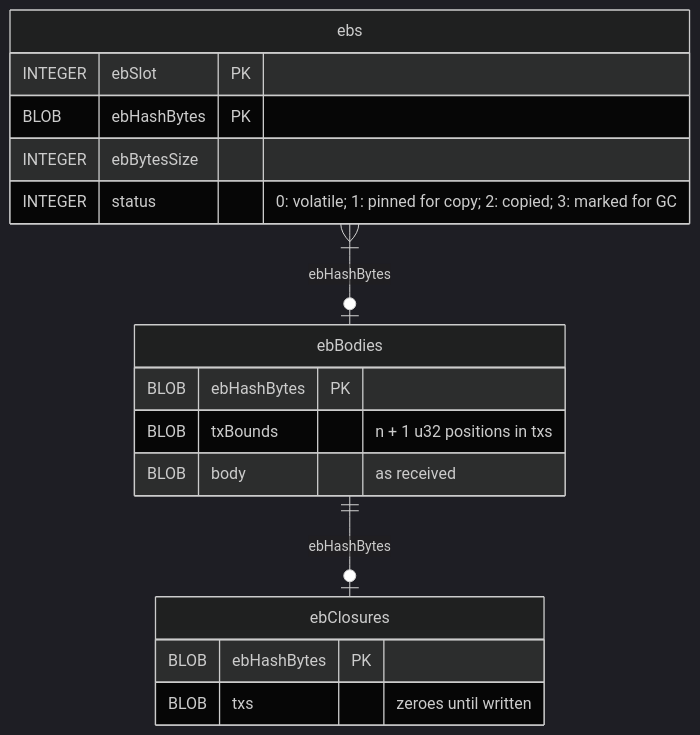
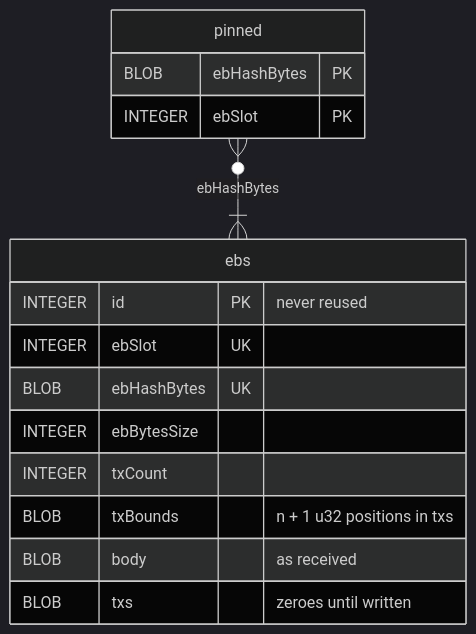
Before and after one commit to IntersectMBO/ouroboros-consensus: the diagram in docs/website/contents/explanations/leiosdb.md, drawn with Mermaid (dark theme). The commit also changed other lines of this file and 15 other files, not shown here.

````diff
--- a/docs/website/contents/explanations/leiosdb.md
+++ b/docs/website/contents/explanations/leiosdb.md
@@ -19,21 +32,19 @@
 ```mermaid
 erDiagram
     ebs {
-        INTEGER ebSlot PK
-        BLOB ebHashBytes PK
+        INTEGER id PK "never reused"
+        INTEGER ebSlot UK
+        BLOB ebHashBytes UK
         INTEGER ebBytesSize
-        INTEGER status "0: volatile; 1: pinned for copy; 2: copied; 3: marked for GC"
-    }
-    ebBodies {
-        BLOB ebHashBytes PK
+        INTEGER txCount
         BLOB txBounds "n + 1 u32 positions in txs"
         BLOB body "as received"
-    }
-    ebClosures {
-        BLOB ebHashBytes PK
         BLOB txs "zeroes until written"
     }
+    pinned {
+        BLOB ebHashBytes PK
+        INTEGER ebSlot PK
+    }
 
-    ebs }|--o| ebBodies : "ebHashBytes"
-    ebBodies ||--o| ebClosures : "ebHashBytes"
+    pinned }o--|{ ebs : "ebHashBytes"
 ```
````
